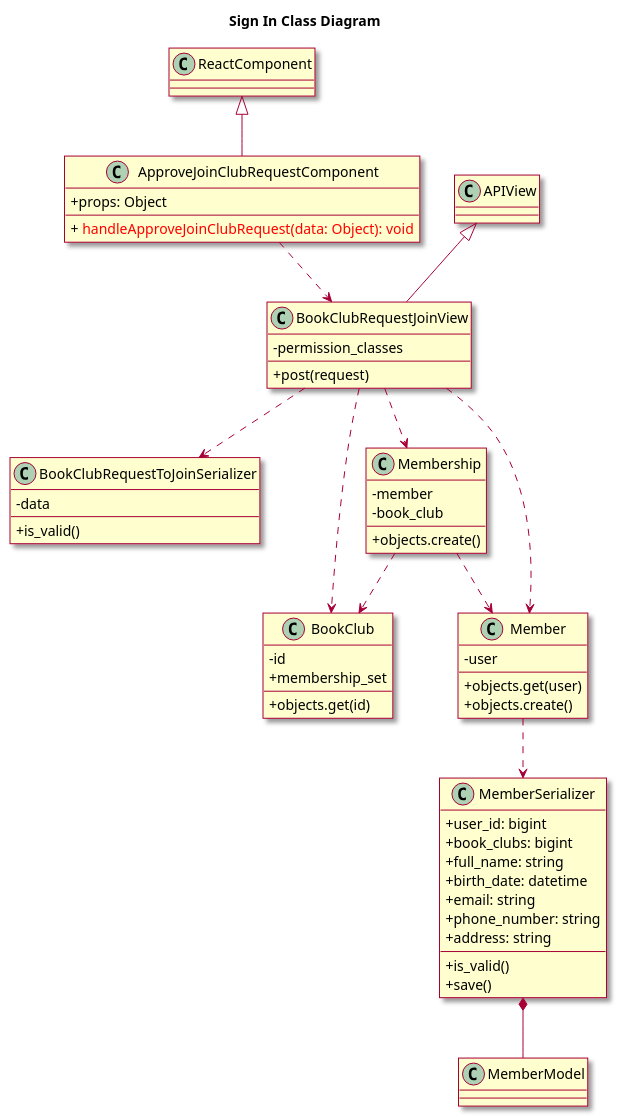
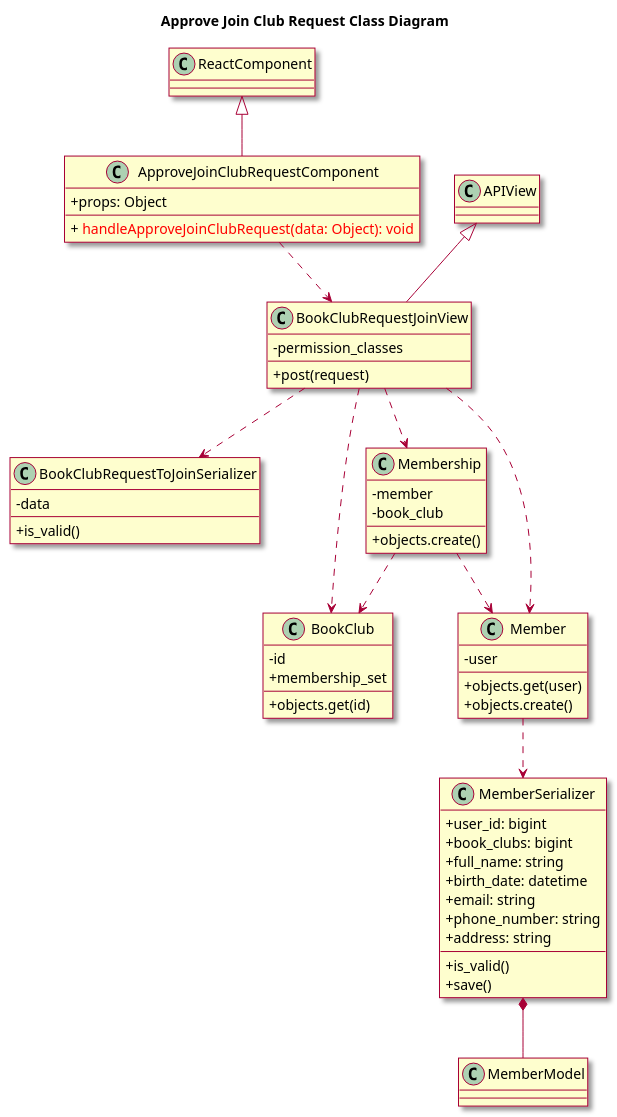
One commit to ljttl3q04t/Book-Over-There changed the diagram in uml/021-class-approve-join-club-request.wsd. Above: the diagram before and after it, drawn with PlantUML. The commit also changed 2 other files, not shown here.

```diff
--- a/uml/021-class-approve-join-club-request.wsd
+++ b/uml/021-class-approve-join-club-request.wsd
@@ -1,67 +1,67 @@
 @startuml
 
 skin rose
 skinparam classAttributeIconSize 0
 
-title Sign In Class Diagram
+title Approve Join Club Request Class Diagram
 class ReactComponent
 
 class ApproveJoinClubRequestComponent {
 	+ props: Object
 	+ {method} <color:red> handleApproveJoinClubRequest(data: Object): void
 }
 class BookClubRequestJoinView {
   - permission_classes
   + post(request)
 }
 
 class BookClubRequestToJoinSerializer {
   - data
   + is_valid()
 }
 
 class BookClub {
   - id
   + objects.get(id)
   + membership_set
 }
 
 class Member {
   - user
   + objects.get(user)
   + objects.create()
 }
 
 class MemberSerializer {
   	+ user_id: bigint
     + book_clubs: bigint
     + full_name: string
     + birth_date: datetime 
     + email: string
     + phone_number: string
     + address: string
   + is_valid()
   + save()
 }
 
 class Membership {
   - member
   - book_club
   + objects.create()
 }
 class MemberModel{
 
 }
 ReactComponent <|-- ApproveJoinClubRequestComponent
 APIView <|-- BookClubRequestJoinView
 ApproveJoinClubRequestComponent ..> BookClubRequestJoinView
 BookClubRequestJoinView ..> BookClubRequestToJoinSerializer
 BookClubRequestJoinView ..> BookClub
 BookClubRequestJoinView ..> Member
 BookClubRequestJoinView ..> Membership
 Member ..> MemberSerializer
 Membership ..> Member
 Membership ..> BookClub
 MemberSerializer *-- MemberModel
 
 @enduml
```
